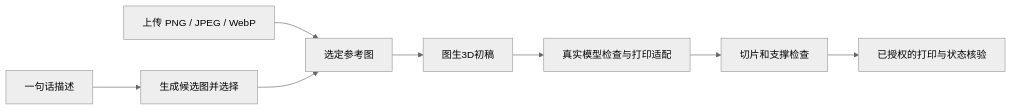
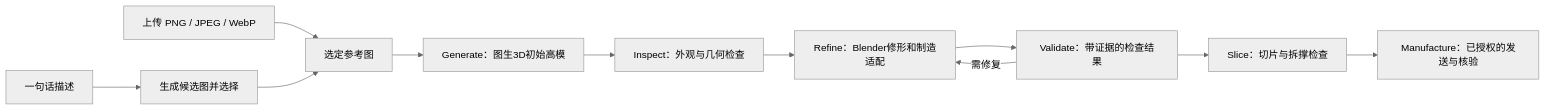
The diagram in README.md (Rjxshr1/idea-to-print), drawn with Mermaid (neutral theme) before and after one commit. The commit also changed other lines of this file and 19 other files, not shown here.

````diff
--- a/README.md
+++ b/README.md
@@ -9,10 +9,13 @@
 ```mermaid
 flowchart LR
   A[一句话描述] --> B[生成候选图并选择]
   C[上传 PNG / JPEG / WebP] --> D[选定参考图]
   B --> D
-  D --> E[图生3D初稿]
-  E --> F[真实模型检查与打印适配]
-  F --> G[切片和支撑检查]
-  G --> H[已授权的打印与状态核验]
+  D --> E[Generate：图生3D初始高模]
+  E --> F[Inspect：外观与几何检查]
+  F --> G[Refine：Blender修形和制造适配]
+  G --> H[Validate：带证据的检查结果]
+  H -->|需修复| G
+  H --> I[Slice：切片与拆撑检查]
+  I --> J[Manufacture：已授权的发送与核验]
 ```
````
